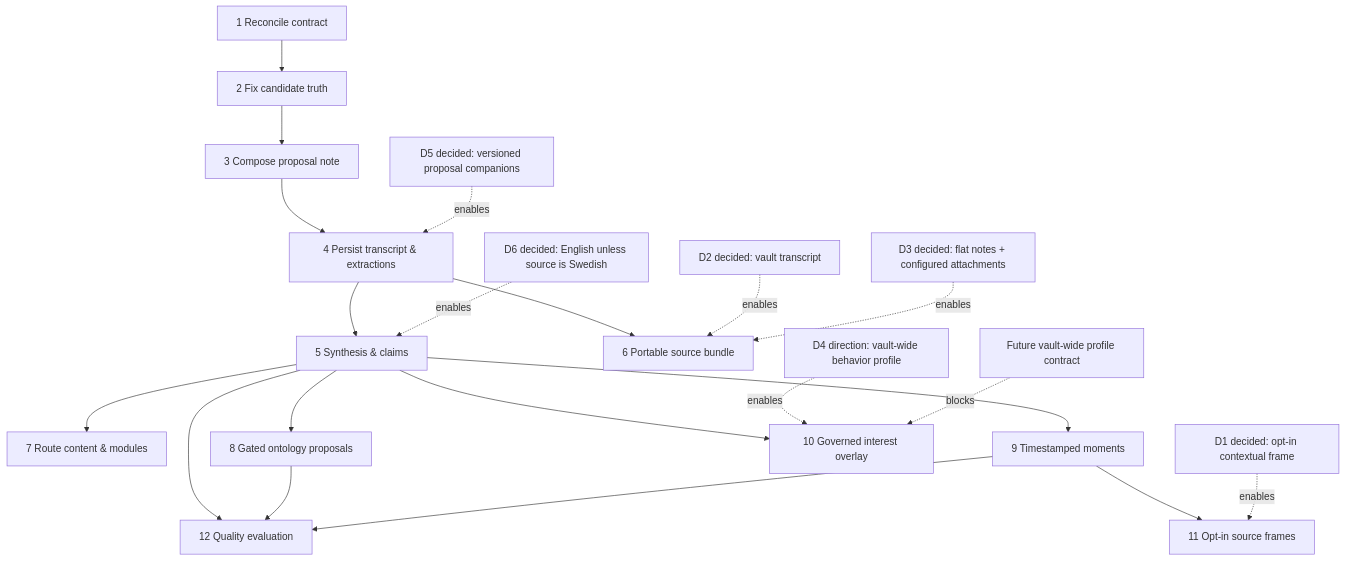
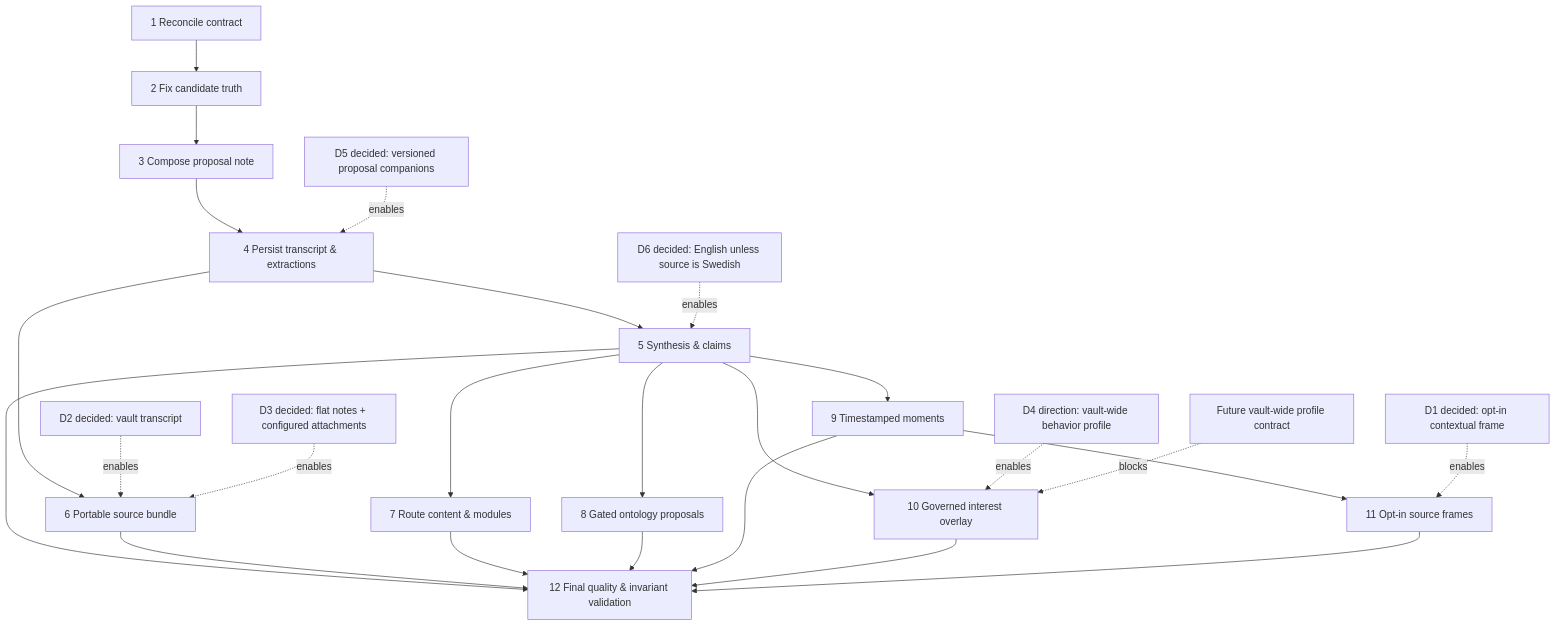
The diagram in docs/YOUTUBE_SOURCE_NOTE_V2/README.md (RasmusTho/agentic-pkm-mvp), drawn with Mermaid before and after one commit. The commit also changed other lines of this file and 5 other files, not shown here.

Commit message:
Version source bundles and assign final validation

````diff
--- a/docs/YOUTUBE_SOURCE_NOTE_V2/README.md
+++ b/docs/YOUTUBE_SOURCE_NOTE_V2/README.md
@@ -27,23 +27,27 @@
 ```mermaid
 flowchart TD
   T1["1 Reconcile contract"] --> T2["2 Fix candidate truth"]
   T2 --> T3["3 Compose proposal note"]
   T3 --> T4["4 Persist transcript & extractions"]
   T4 --> T5["5 Synthesis & claims"]
   T4 --> T6["6 Portable source bundle"]
   T5 --> T7["7 Route content & modules"]
   T5 --> T8["8 Gated ontology proposals"]
   T5 --> T9["9 Timestamped moments"]
   T5 --> T10["10 Governed interest overlay"]
   T9 --> T11["11 Opt-in source frames"]
-  T5 --> T12["12 Quality evaluation"]
+  T5 --> T12["12 Final quality & invariant validation"]
+  T6 --> T12
+  T7 --> T12
   T8 --> T12
   T9 --> T12
+  T10 --> T12
+  T11 --> T12
   D1["D1 decided: opt-in contextual frame"] -. enables .-> T11
   D2["D2 decided: vault transcript"] -. enables .-> T6
   D3["D3 decided: flat notes + configured attachments"] -. enables .-> T6
   D4["D4 direction: vault-wide behavior profile"] -. enables .-> T10
   V["Future vault-wide profile contract"] -. blocks .-> T10
   D5["D5 decided: versioned proposal companions"] -. enables .-> T4
   D6["D6 decided: English unless source is Swedish"] -. enables .-> T5
 ```
````
